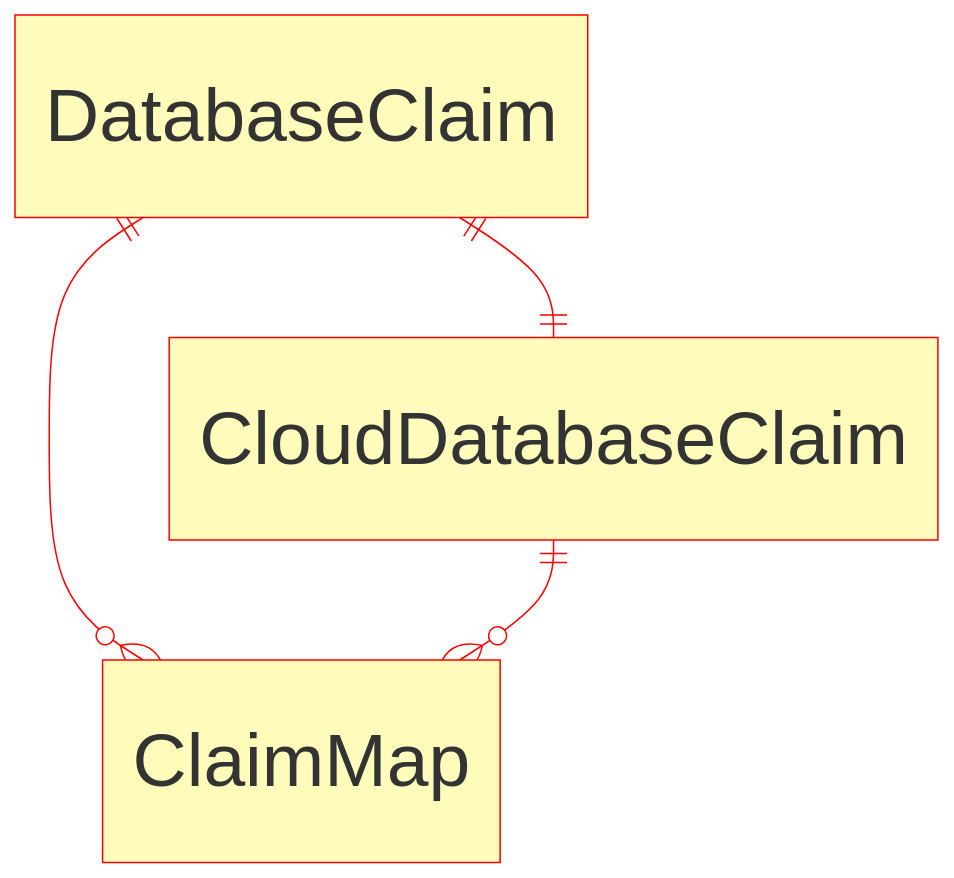
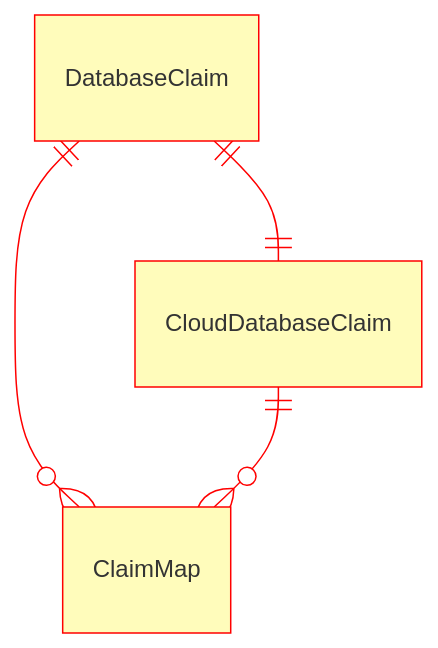
Before and after one commit to infobloxopen/db-controller: the second of 8 diagrams in docs/index.md, drawn with Mermaid. The commit also changed other lines of this file and 1 other file, not shown here.

Commit message:
Added doc styling to diagrams

````diff
--- a/docs/index.md
+++ b/docs/index.md
@@ -169,7 +170,7 @@
 ```mermaid
-%%{init: {'theme': 'base', 'themeVariables': { 'primaryColor': '#fffcbb', 'fontFamily': 'aerial', 'fontSize': '50px', 'lineColor': '#ff0000', 'primaryBorderColor': '#ff0000'}}}%%
+%%{init: {'theme': 'base', 'themeVariables': { 'primaryColor': '#fffcbb', 'lineColor': '#ff0000', 'primaryBorderColor': '#ff0000'}}}%%
 erDiagram
     DatabaseClaim ||--o{ ClaimMap : ""
     DatabaseClaim ||--|| CloudDatabaseClaim : ""
     CloudDatabaseClaim ||--o{ ClaimMap : ""
 ```
````
